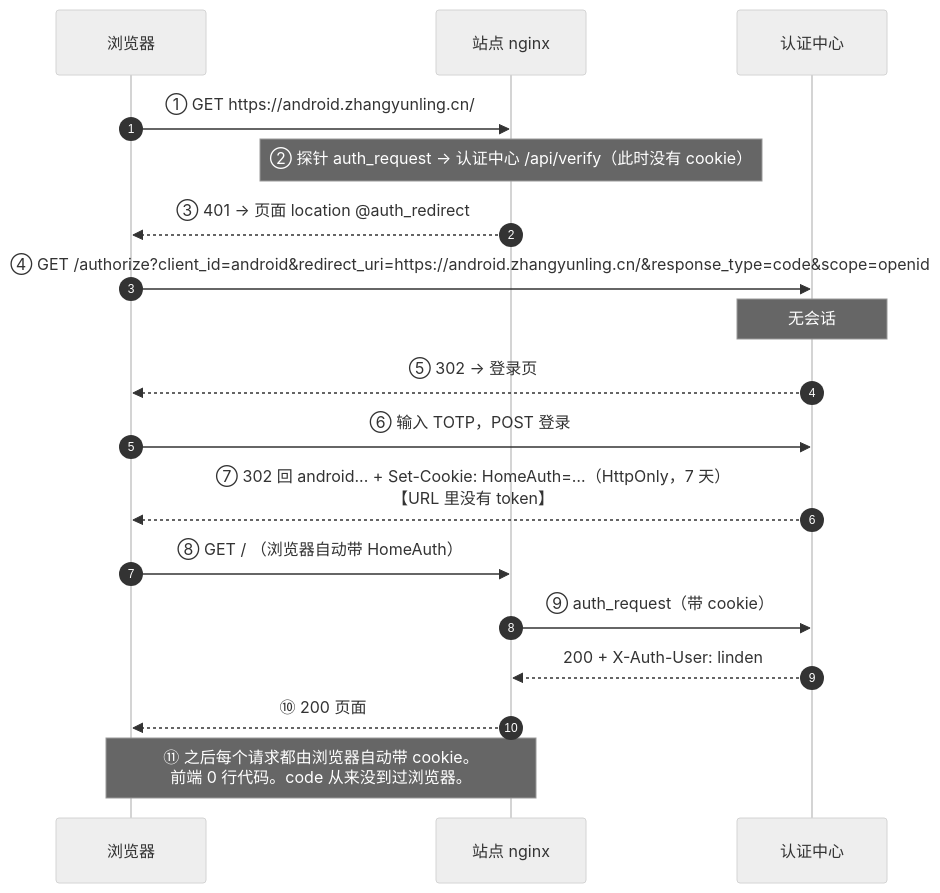
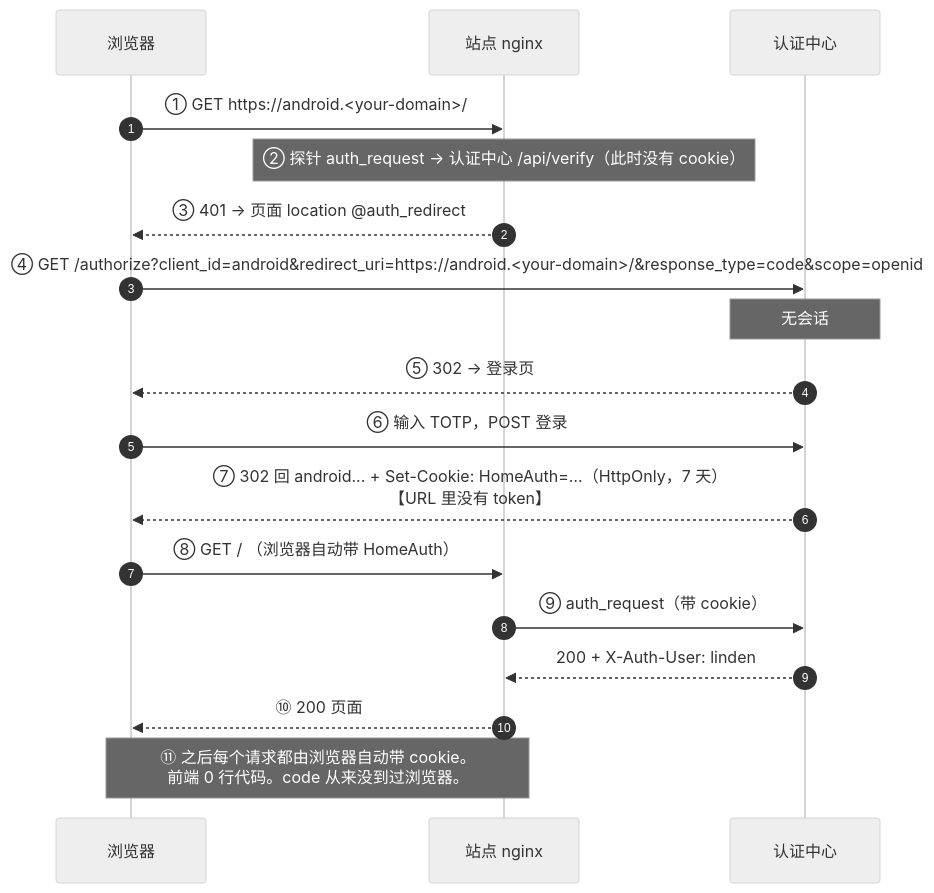
The first of 2 diagrams in docs/SSO-SEQUENCE.md (YLing2024/HomeAuth), drawn with Mermaid (neutral theme) before and after one commit. The commit also changed other lines of this file and 5 other files, not shown here.

````diff
--- a/docs/SSO-SEQUENCE.md
+++ b/docs/SSO-SEQUENCE.md
@@ -13,24 +13,24 @@
 ```mermaid
 sequenceDiagram
     autonumber
     participant B as 浏览器
     participant N as 站点 nginx
     participant A as 认证中心
 
-    B->>N: ① GET https://android.zhangyunling.cn/
+    B->>N: ① GET https://android.<your-domain>/
     Note over N: ② 探针 auth_request → 认证中心 /api/verify（此时没有 cookie）
     N-->>B: ③ 401 → 页面 location @auth_redirect
 
-    B->>A: ④ GET /authorize?client_id=android&redirect_uri=https://android.zhangyunling.cn/&response_type=code&scope=openid
+    B->>A: ④ GET /authorize?client_id=android&redirect_uri=https://android.<your-domain>/&response_type=code&scope=openid
     Note over A: 无会话
     A-->>B: ⑤ 302 → 登录页
     B->>A: ⑥ 输入 TOTP，POST 登录
     A-->>B: ⑦ 302 回 android... + Set-Cookie: HomeAuth=…（HttpOnly，7 天）<br/>【URL 里没有 token】
 
     B->>N: ⑧ GET / （浏览器自动带 HomeAuth）
     N->>A: ⑨ auth_request（带 cookie）
     A-->>N: 200 + X-Auth-User: linden
     N-->>B: ⑩ 200 页面
 
     Note over B,N: ⑪ 之后每个请求都由浏览器自动带 cookie。<br/>前端 0 行代码。code 从来没到过浏览器。
 ```
````
